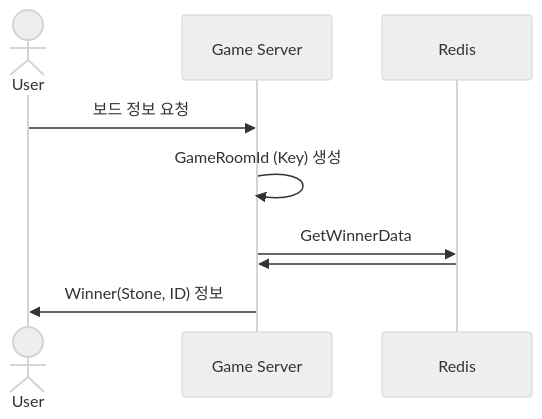
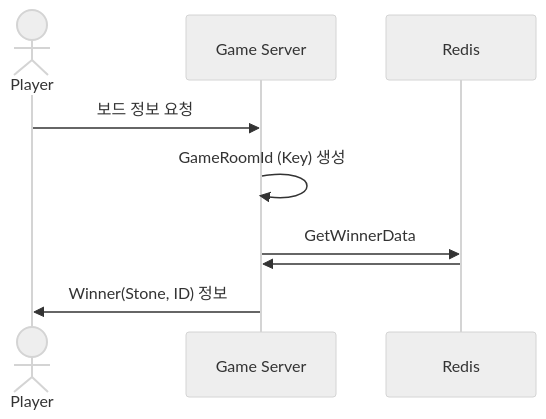
Before and after one commit to yujinS0/Omok-Game: the fourth of 4 diagrams in SequenceDiagram/OmokGamePlay.md, drawn with Mermaid (neutral theme). The commit also changed other lines of this file, not shown here.

````diff
--- a/SequenceDiagram/OmokGamePlay.md
+++ b/SequenceDiagram/OmokGamePlay.md
@@ -106,13 +106,13 @@
 ```mermaid
 sequenceDiagram
-	actor User
+	actor Player
 	participant Game Server
   	participant Redis
 
-	User ->> Game Server: 보드 정보 요청
+	Player ->> Game Server: 보드 정보 요청
 	Game Server ->> Game Server : GameRoomId (Key) 생성
   	Game Server ->> Redis : GetWinnerData
 	Redis ->> Game Server : 
-  	Game Server ->> User : Winner(Stone, ID) 정보
+  	Game Server ->> Player : Winner(Stone, ID) 정보
 
 ```
````
